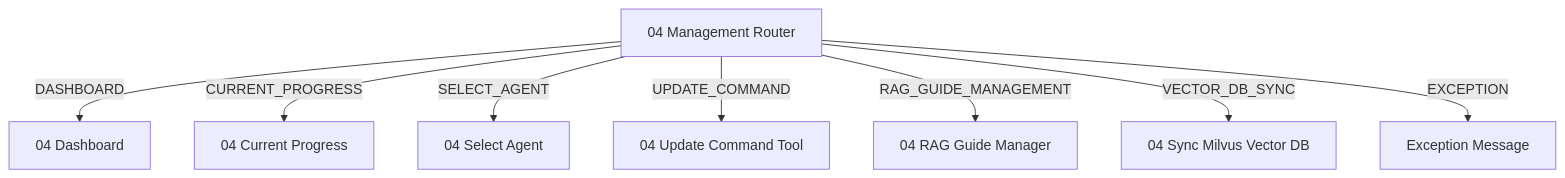
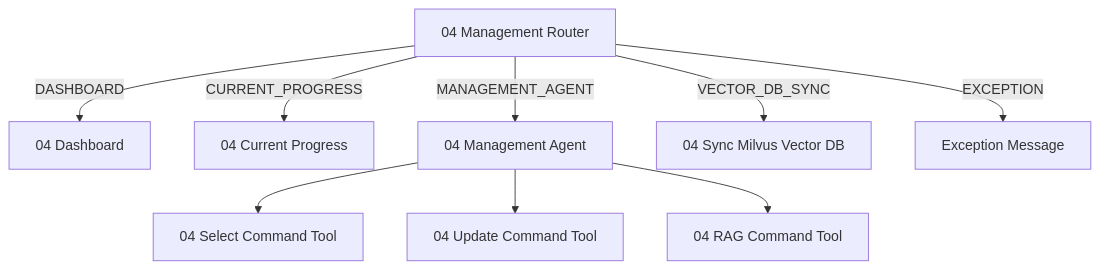
The third of 5 diagrams in smartMigrate_2.0_Langflow/00_guide/00_architecture_chapter2_chat_management.md (seongikjin227-jpg/refactoring_smartMigrate), drawn with Mermaid before and after one commit. The commit also changed other lines of this file and 8 other files, not shown here.

````diff
--- a/smartMigrate_2.0_Langflow/00_guide/00_architecture_chapter2_chat_management.md
+++ b/smartMigrate_2.0_Langflow/00_guide/00_architecture_chapter2_chat_management.md
@@ -57,10 +57,11 @@
 ```mermaid
 flowchart TD
     M[04 Management Router] -->|DASHBOARD| DASH[04 Dashboard]
     M -->|CURRENT_PROGRESS| PROG[04 Current Progress]
-    M -->|SELECT_AGENT| QA[04 Select Agent]
-    M -->|UPDATE_COMMAND| UPDATE[04 Update Command Tool]
-    M -->|RAG_GUIDE_MANAGEMENT| RAG[04 RAG Guide Manager]
+    M -->|MANAGEMENT_AGENT| QA[04 Management Agent]
+    QA --> TOOL_SELECT[04 Select Command Tool]
+    QA --> TOOL_UPDATE[04 Update Command Tool]
+    QA --> TOOL_RAG[04 RAG Command Tool]
     M -->|VECTOR_DB_SYNC| VDB[04 Sync Milvus Vector DB]
     M -->|EXCEPTION| EX[Exception Message]
 ```
````
